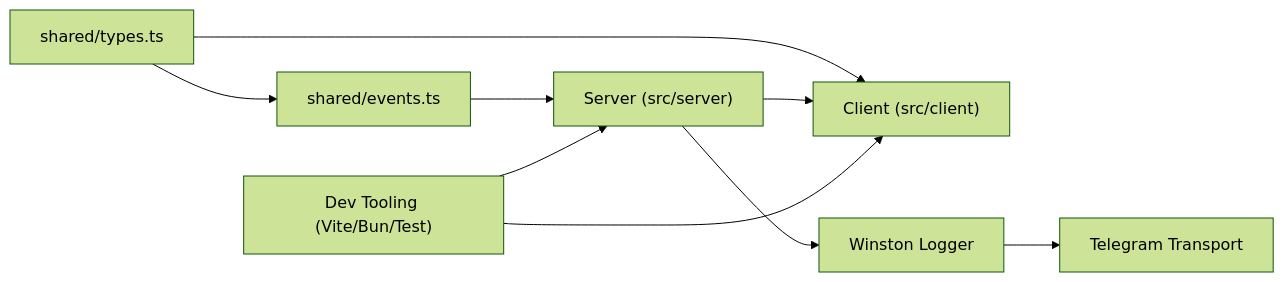
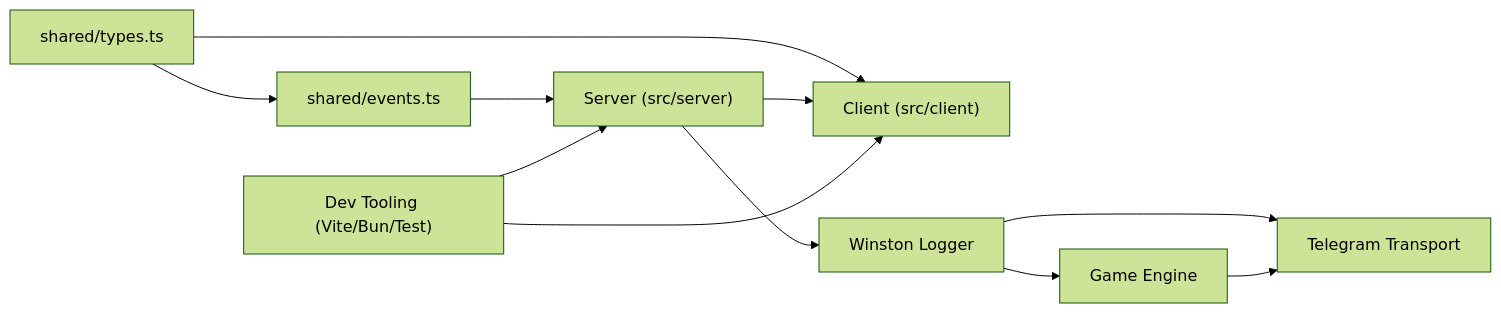
One commit to dkoukoul/escape-room-mvp changed the fifth of 5 diagrams in .qoder/repowiki/en/content/Development Guidelines.md. Above: the diagram before and after it, drawn with Mermaid (forest theme). The commit also changed other lines of this file and 3 other files, not shown here.

````diff
--- a/.qoder/repowiki/en/content/Development Guidelines.md
+++ b/.qoder/repowiki/en/content/Development Guidelines.md
@@ -366,11 +417,13 @@
 ```mermaid
 graph LR
 Types["shared/types.ts"] --> Events["shared/events.ts"]
 Events --> Server["Server (src/server)"]
 Types --> Client["Client (src/client)"]
 Server --> Client
 Server --> Logger["Winston Logger"]
 Logger --> Telegram["Telegram Transport"]
+Logger --> GameEngine["Game Engine"]
+GameEngine --> Telegram
 Dev["Dev Tooling (Vite/Bun/Test)"] --> Server
 Dev --> Client
 ```
````
